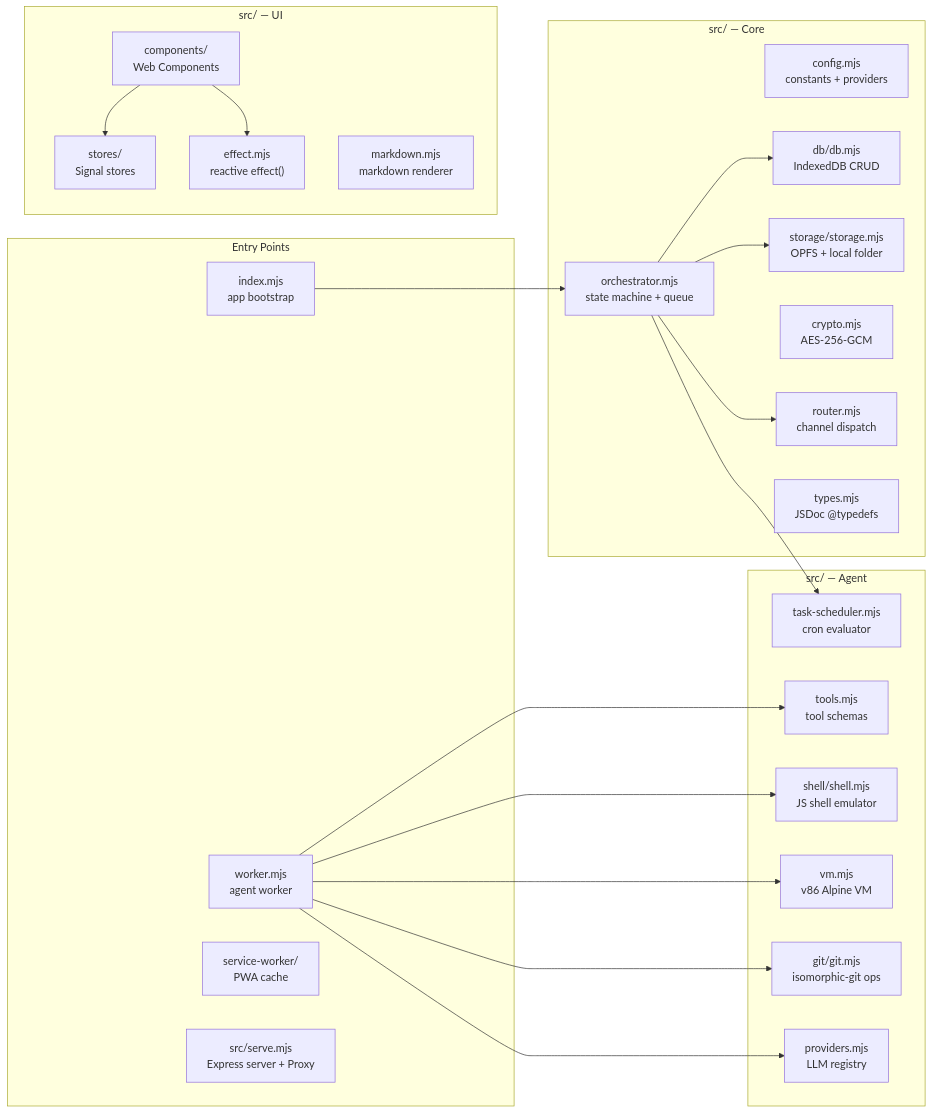
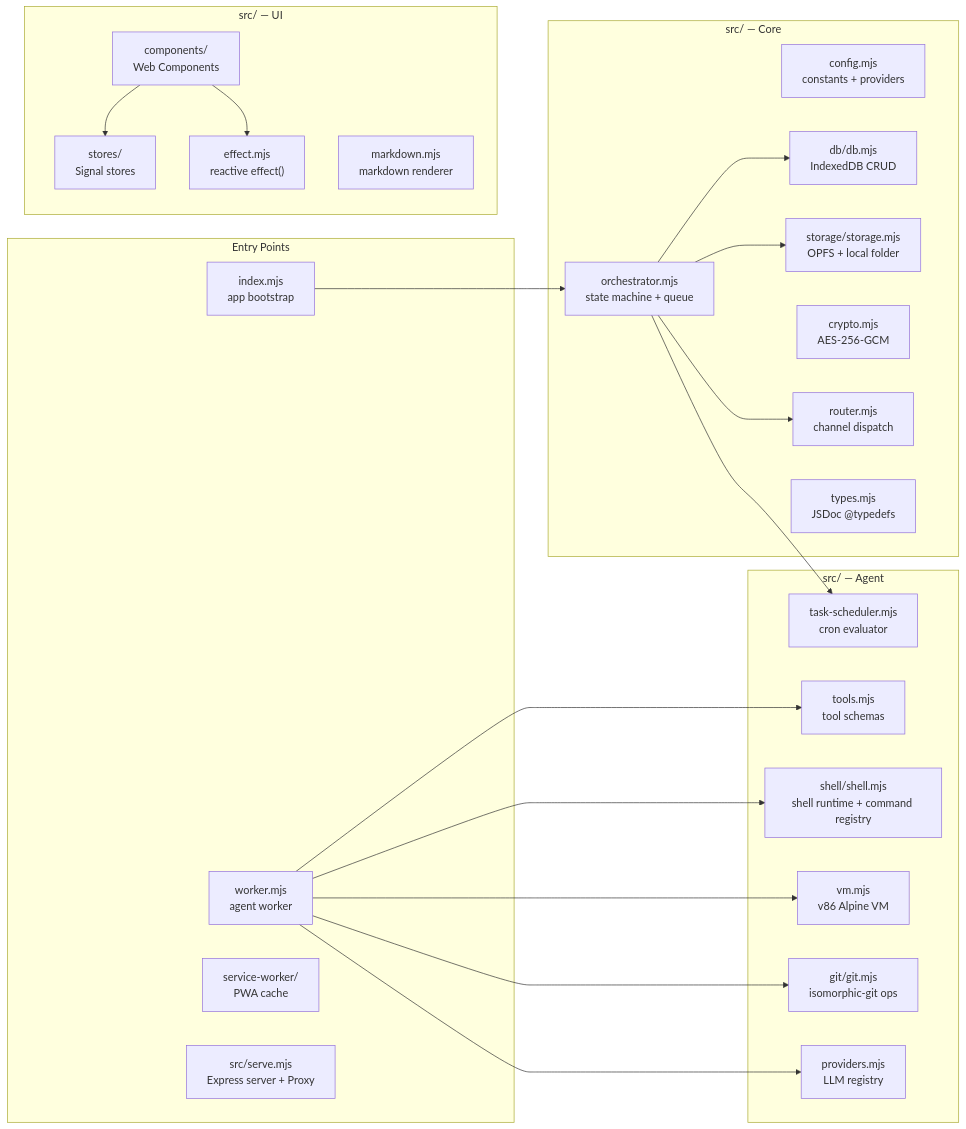
The diagram in AGENTS.md (xt-ml/shadow-claw), drawn with Mermaid before and after one commit. The commit also changed other lines of this file and 216 other files, not shown here.

````diff
--- a/AGENTS.md
+++ b/AGENTS.md
@@ -17,40 +17,40 @@
 ```mermaid
 graph LR
   subgraph Entry ["Entry Points"]
     index_mjs["index.mjs<br>app bootstrap"]
     worker_mjs["worker.mjs<br>agent worker"]
     sw["service-worker/<br>PWA cache"]
     serve["src/serve.mjs<br>Express server + Proxy"]
   end
 
   subgraph Core ["src/ — Core"]
     orchestrator["orchestrator.mjs<br>state machine + queue"]
     config["config.mjs<br>constants + providers"]
     db["db/db.mjs<br>IndexedDB CRUD"]
     storage["storage/storage.mjs<br>OPFS + local folder"]
     crypto["crypto.mjs<br>AES-256-GCM"]
     router["router.mjs<br>channel dispatch"]
     types["types.mjs<br>JSDoc @typedefs"]
   end
 
   subgraph Agent ["src/ — Agent"]
     tools["tools.mjs<br>tool schemas"]
-    shell["shell/shell.mjs<br>JS shell emulator"]
+    shell["shell/shell.mjs<br>shell runtime + command registry"]
     vm["vm.mjs<br>v86 Alpine VM"]
     gitmod["git/git.mjs<br>isomorphic-git ops"]
     providers["providers.mjs<br>LLM registry"]
     scheduler["task-scheduler.mjs<br>cron evaluator"]
   end
 
   subgraph UI ["src/ — UI"]
     components["components/<br>Web Components"]
     stores["stores/<br>Signal stores"]
     effect["effect.mjs<br>reactive effect()"]
     markdown["markdown.mjs<br>markdown renderer"]
   end
 
   index_mjs --> orchestrator
   orchestrator --> db & storage & router & scheduler
   worker_mjs --> tools & shell & vm & gitmod & providers
   components --> stores & effect
 ```
````
